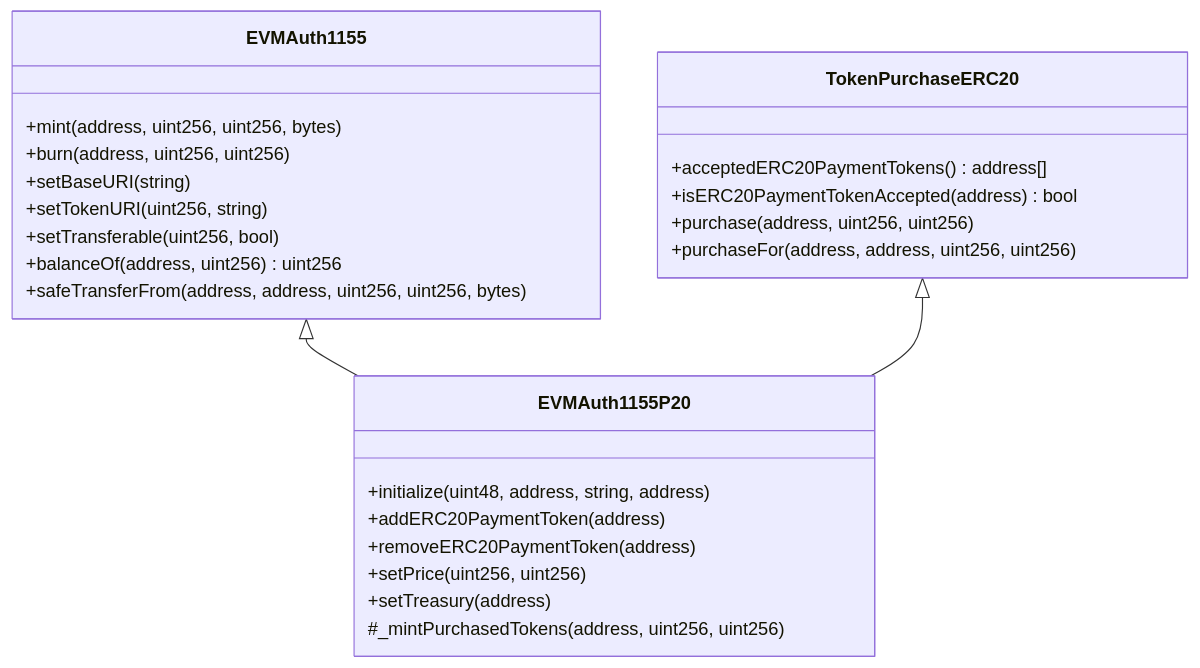
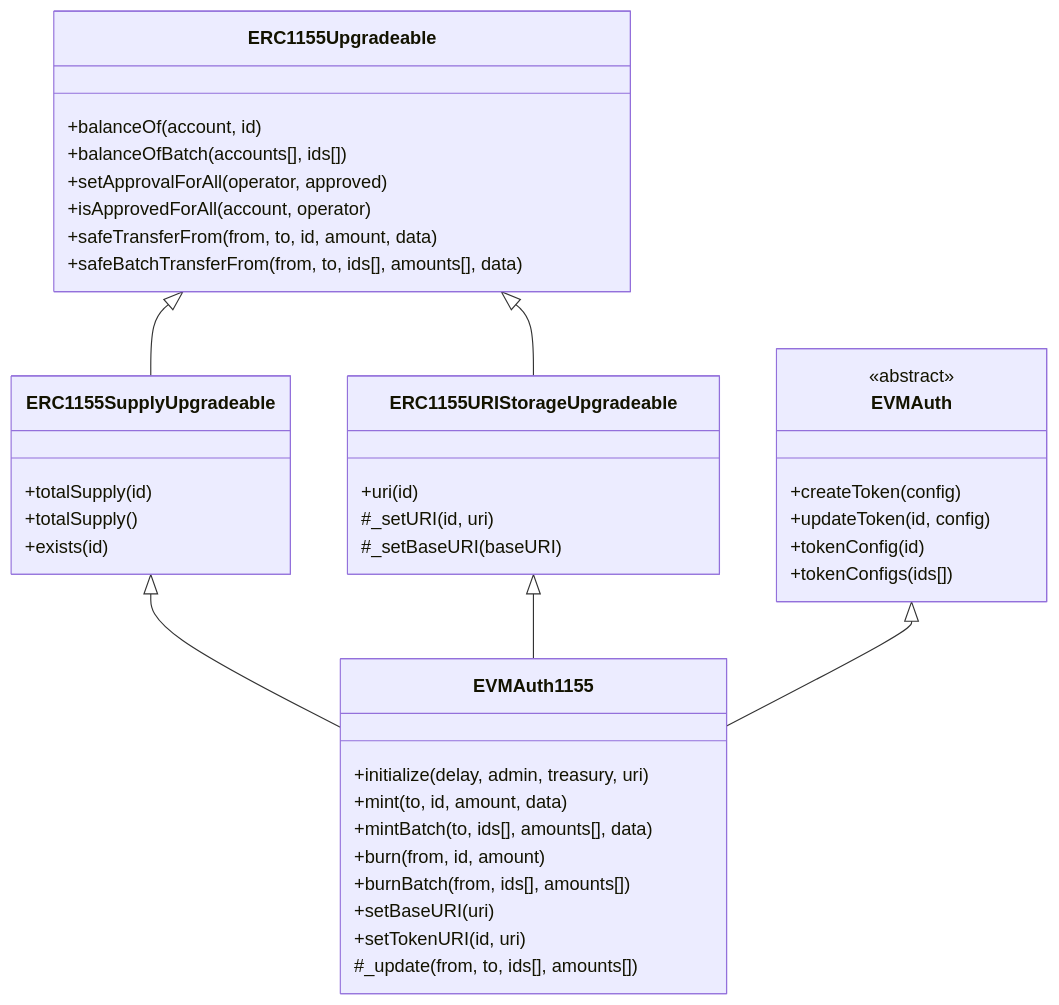
The second of 3 diagrams in src/README.md (glanzz/evmauth-core), drawn with Mermaid before and after one commit. The commit also changed other lines of this file and 2 other files, not shown here.

````diff
--- a/src/README.md
+++ b/src/README.md
@@ -402,29 +103,48 @@
 ```mermaid
 classDiagram
-    class EVMAuth1155{
-        +mint(address, uint256, uint256, bytes)
-        +burn(address, uint256, uint256)
-        +setBaseURI(string)
-        +setTokenURI(uint256, string)
-        +setTransferable(uint256, bool)
-        +balanceOf(address, uint256) uint256
-        +safeTransferFrom(address, address, uint256, uint256, bytes)
-    }
-    class TokenPurchaseERC20{
-        +acceptedERC20PaymentTokens() address[]
-        +isERC20PaymentTokenAccepted(address) bool
-        +purchase(address, uint256, uint256)
-        +purchaseFor(address, address, uint256, uint256)
-    }
-    class EVMAuth1155P20{
-        +initialize(uint48, address, string, address)
-        +addERC20PaymentToken(address)
-        +removeERC20PaymentToken(address)
-        +setPrice(uint256, uint256)
-        +setTreasury(address)
-        #_mintPurchasedTokens(address, uint256, uint256)
+    class EVMAuth {
+        <<abstract>>
+        +createToken(config)
+        +updateToken(id, config)
+        +tokenConfig(id)
+        +tokenConfigs(ids[])
     }
     
-    EVMAuth1155 <|-- EVMAuth1155P20
-    TokenPurchaseERC20 <|-- EVMAuth1155P20
+    class ERC1155Upgradeable {
+        +balanceOf(account, id)
+        +balanceOfBatch(accounts[], ids[])
+        +setApprovalForAll(operator, approved)
+        +isApprovedForAll(account, operator)
+        +safeTransferFrom(from, to, id, amount, data)
+        +safeBatchTransferFrom(from, to, ids[], amounts[], data)
+    }
+    
+    class ERC1155SupplyUpgradeable {
+        +totalSupply(id)
+        +totalSupply()
+        +exists(id)
+    }
+    
+    class ERC1155URIStorageUpgradeable {
+        +uri(id)
+        #_setURI(id, uri)
+        #_setBaseURI(baseURI)
+    }
+    
+    class EVMAuth1155 {
+        +initialize(delay, admin, treasury, uri)
+        +mint(to, id, amount, data)
+        +mintBatch(to, ids[], amounts[], data)
+        +burn(from, id, amount)
+        +burnBatch(from, ids[], amounts[])
+        +setBaseURI(uri)
+        +setTokenURI(id, uri)
+        #_update(from, to, ids[], amounts[])
+    }
+    
+    ERC1155Upgradeable <|-- ERC1155SupplyUpgradeable
+    ERC1155Upgradeable <|-- ERC1155URIStorageUpgradeable
+    ERC1155SupplyUpgradeable <|-- EVMAuth1155
+    ERC1155URIStorageUpgradeable <|-- EVMAuth1155
+    EVMAuth <|-- EVMAuth1155
 ```
````
